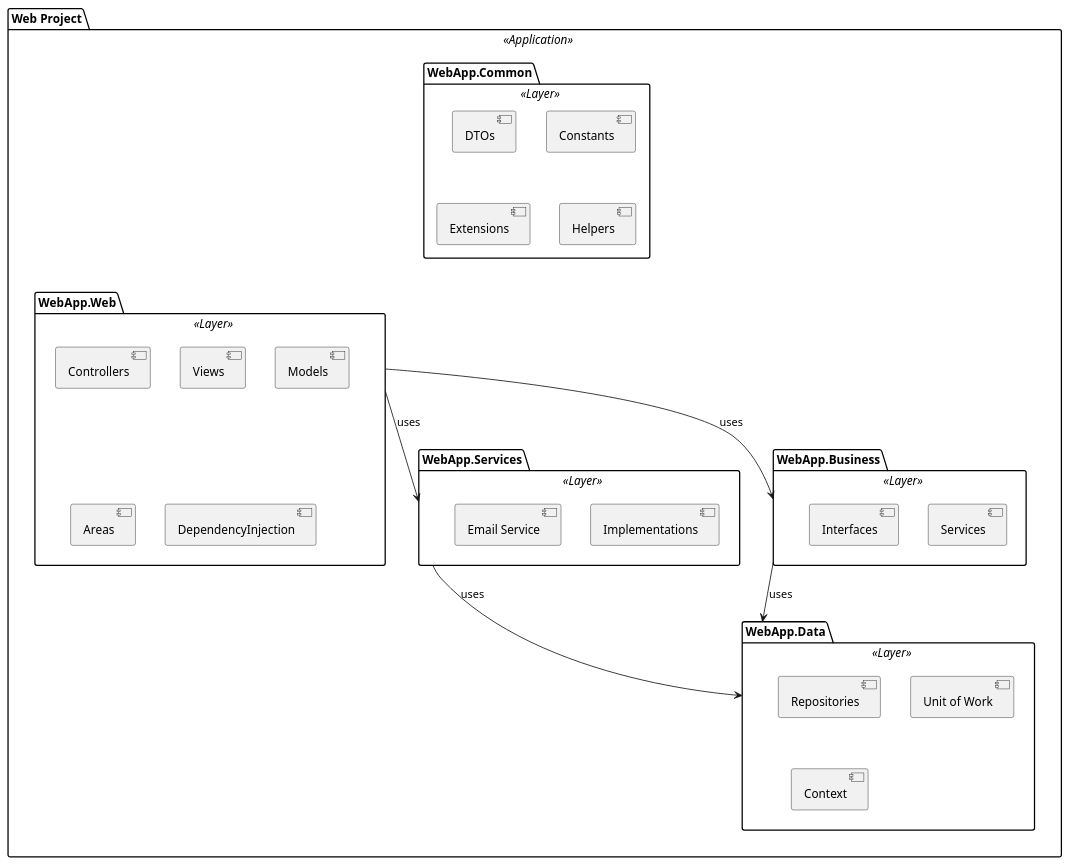
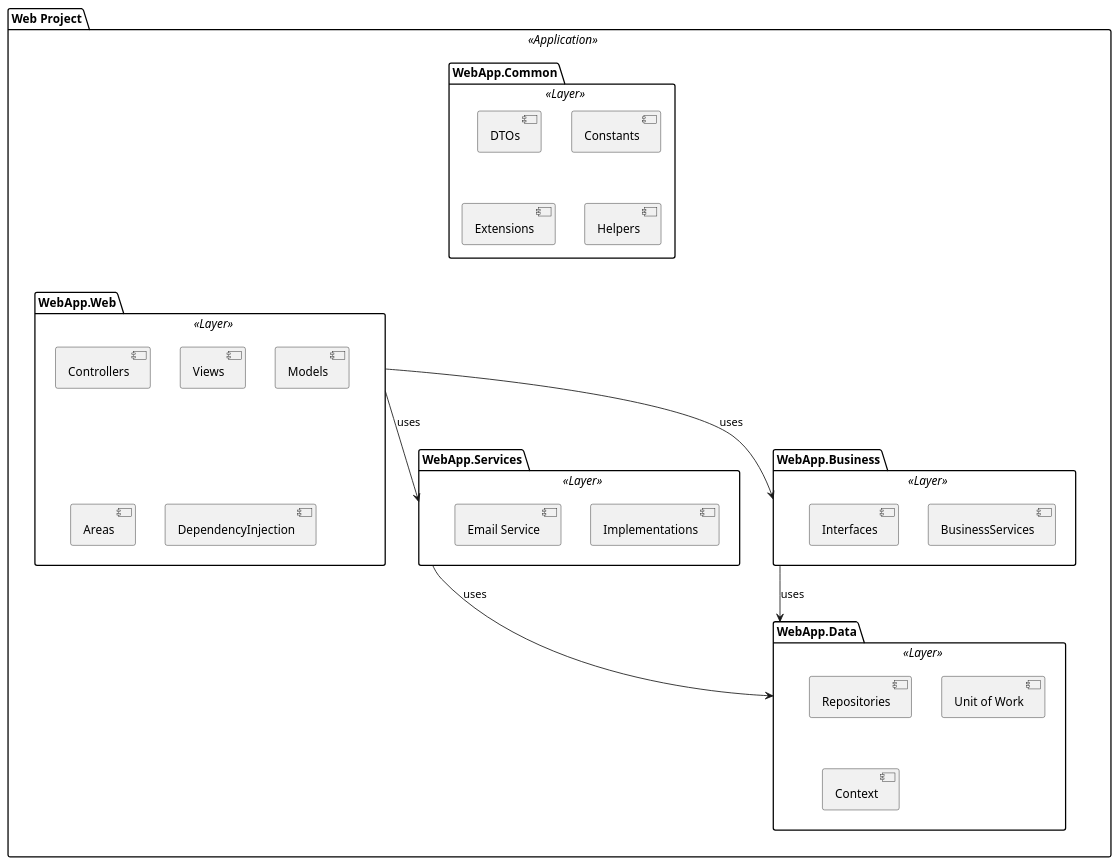
The diagram in docs/architecture.puml (jaardila-3/NetCoreBaseStructure), drawn with PlantUML before and after one commit. The commit also changed 12 other files, not shown here.

```diff
--- a/docs/architecture.puml
+++ b/docs/architecture.puml
@@ -1,51 +1,51 @@
 @startuml architecture
 
 ' Defined packages
 package "Web Project" <<Application>> {    
     [WebApp.Common]
     [WebApp.Data]
     [WebApp.Services]
     [WebApp.Business]
     [WebApp.Web]
 }
 
 package "WebApp.Web" <<Layer>> {
     [Controllers]
     [Views]
     [Models]
     [Areas]
     [DependencyInjection]
 }
 
 package "WebApp.Business" <<Layer>> {
-    [Services]
+    [BusinessServices]
     [Interfaces]
 }
 
 package "WebApp.Data" <<Layer>> {
     [Repositories]  
     [Unit of Work]  
     [Context]
 }
 
 package "WebApp.Common" <<Layer>> {
     [DTOs]
     [Constants]
     [Extensions]
     [Helpers]
     [Models]
 }
 
 package "WebApp.Services" <<Layer>> {
     [Interfaces]
     [Implementations]
     [Email Service]
 }
 
 ' Dependency between packages
 WebApp.Web --> WebApp.Business : uses
 WebApp.Web --> WebApp.Services : uses
 WebApp.Business --> WebApp.Data : uses
 WebApp.Services --> WebApp.Data : uses
 
 @enduml
```
